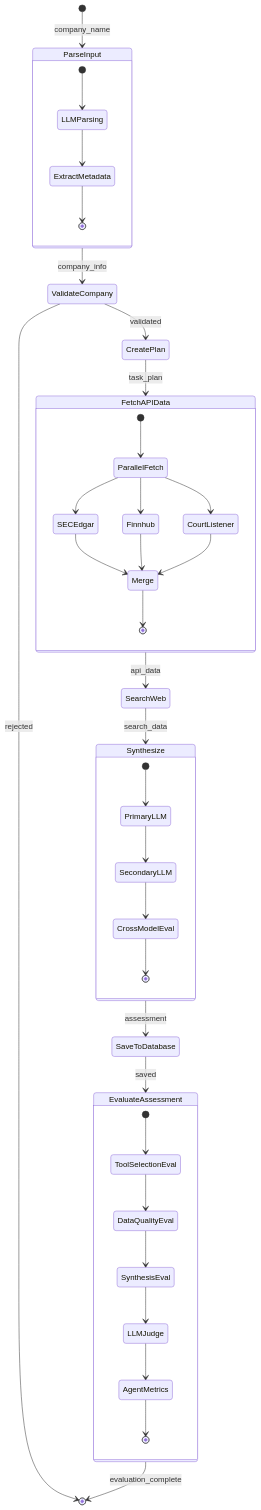
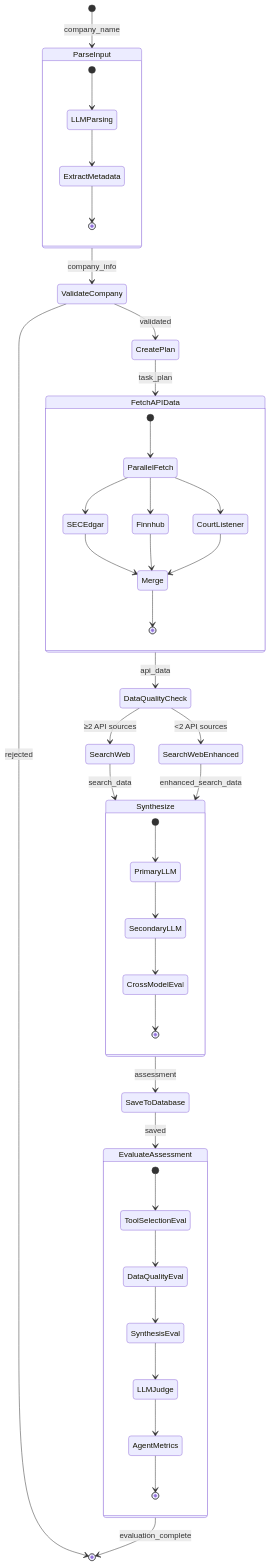
The fifth of 6 diagrams in docs/ARCHITECTURE.md (shahriarkasib/credit-intelligence), drawn with Mermaid before and after one commit. The commit also changed other lines of this file and 9 other files, not shown here.

````diff
--- a/docs/ARCHITECTURE.md
+++ b/docs/ARCHITECTURE.md
@@ -549,51 +555,57 @@
 ```mermaid
 stateDiagram-v2
     [*] --> ParseInput: company_name
 
     ParseInput --> ValidateCompany: company_info
     ValidateCompany --> CreatePlan: validated
 
     ValidateCompany --> [*]: rejected
 
     CreatePlan --> FetchAPIData: task_plan
-    FetchAPIData --> SearchWeb: api_data
+    FetchAPIData --> DataQualityCheck: api_data
+
+    state DataQualityCheck <<choice>>
+    DataQualityCheck --> SearchWeb: ≥2 API sources
+    DataQualityCheck --> SearchWebEnhanced: <2 API sources
+
     SearchWeb --> Synthesize: search_data
+    SearchWebEnhanced --> Synthesize: enhanced_search_data
 
     Synthesize --> SaveToDatabase: assessment
     SaveToDatabase --> EvaluateAssessment: saved
 
     EvaluateAssessment --> [*]: evaluation_complete
 
     state ParseInput {
         [*] --> LLMParsing
         LLMParsing --> ExtractMetadata
         ExtractMetadata --> [*]
     }
 
     state FetchAPIData {
         [*] --> ParallelFetch
         ParallelFetch --> SECEdgar
         ParallelFetch --> Finnhub
         ParallelFetch --> CourtListener
         SECEdgar --> Merge
         Finnhub --> Merge
         CourtListener --> Merge
         Merge --> [*]
     }
 
     state Synthesize {
         [*] --> PrimaryLLM
         PrimaryLLM --> SecondaryLLM
         SecondaryLLM --> CrossModelEval
         CrossModelEval --> [*]
     }
 
     state EvaluateAssessment {
         [*] --> ToolSelectionEval
         ToolSelectionEval --> DataQualityEval
         DataQualityEval --> SynthesisEval
         SynthesisEval --> LLMJudge
         LLMJudge --> AgentMetrics
         AgentMetrics --> [*]
     }
 ```
````
